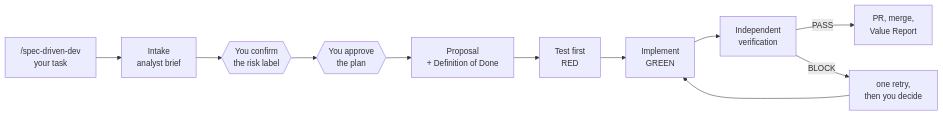
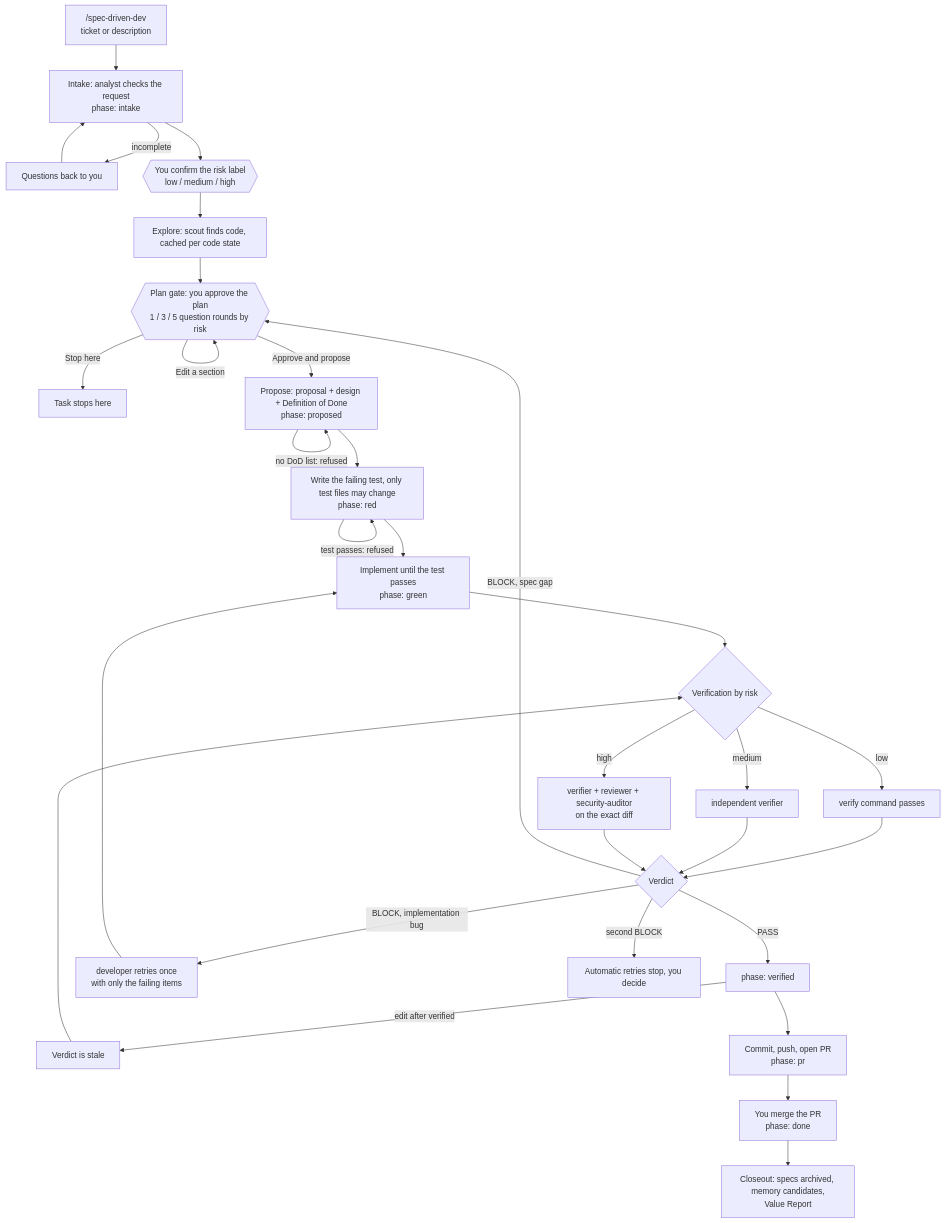
One commit to wecii/sdkit changed the diagram in README.md. Above: the diagram before and after it, drawn with Mermaid. The commit also changed other lines of this file, not shown here.

````diff
--- a/README.md
+++ b/README.md
@@ -27,13 +42,33 @@
 ```mermaid
-flowchart LR
-  A["/spec-driven-dev<br/>your task"] --> B["Intake<br/>analyst brief"]
-  B --> C{{"You confirm<br/>the risk label"}}
-  C --> D{{"You approve<br/>the plan"}}
-  D --> E["Proposal<br/>+ Definition of Done"]
-  E --> F["Test first<br/>RED"]
-  F --> G["Implement<br/>GREEN"]
-  G --> H["Independent<br/>verification"]
-  H -->|PASS| I["PR, merge,<br/>Value Report"]
-  H -->|BLOCK| R["one retry,<br/>then you decide"]
-  R --> G
+flowchart TD
+  T["/spec-driven-dev<br/>ticket or description"] --> AN["Intake: analyst checks the request<br/>phase: intake"]
+  AN -->|"incomplete"| Q["Questions back to you"]
+  Q --> AN
+  AN --> RK{{"You confirm the risk label<br/>low / medium / high"}}
+  RK --> EX["Explore: scout finds code, cached per code state"]
+  EX --> PG{{"Plan gate: you approve the plan<br/>1 / 3 / 5 question rounds by risk"}}
+  PG -->|"Edit a section"| PG
+  PG -->|"Stop here"| AB["Task stops here"]
+  PG -->|"Approve and propose"| PR["Propose: proposal + design + Definition of Done<br/>phase: proposed"]
+  PR -->|"no DoD list: refused"| PR
+  PR --> RED["Write the failing test, only test files may change<br/>phase: red"]
+  RED -->|"test passes: refused"| RED
+  RED --> GRN["Implement until the test passes<br/>phase: green"]
+  GRN --> VR{"Verification by risk"}
+  VR -->|"low"| LV["verify command passes"]
+  VR -->|"medium"| MV["independent verifier"]
+  VR -->|"high"| HV["verifier + reviewer + security-auditor<br/>on the exact diff"]
+  LV --> VD{"Verdict"}
+  MV --> VD
+  HV --> VD
+  VD -->|"PASS"| VF["phase: verified"]
+  VD -->|"BLOCK, implementation bug"| RT["developer retries once<br/>with only the failing items"]
+  RT --> GRN
+  VD -->|"BLOCK, spec gap"| PG
+  VD -->|"second BLOCK"| YOU["Automatic retries stop, you decide"]
+  VF -->|"edit after verified"| ST["Verdict is stale"]
+  ST --> VR
+  VF --> PRQ["Commit, push, open PR<br/>phase: pr"]
+  PRQ --> MG["You merge the PR<br/>phase: done"]
+  MG --> CO["Closeout: specs archived, memory candidates,<br/>Value Report"]
 ```
````
